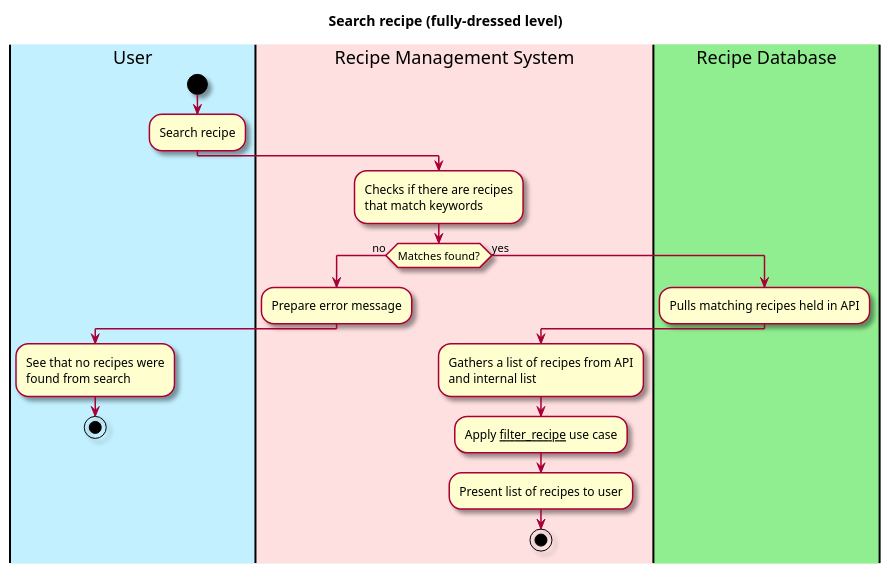
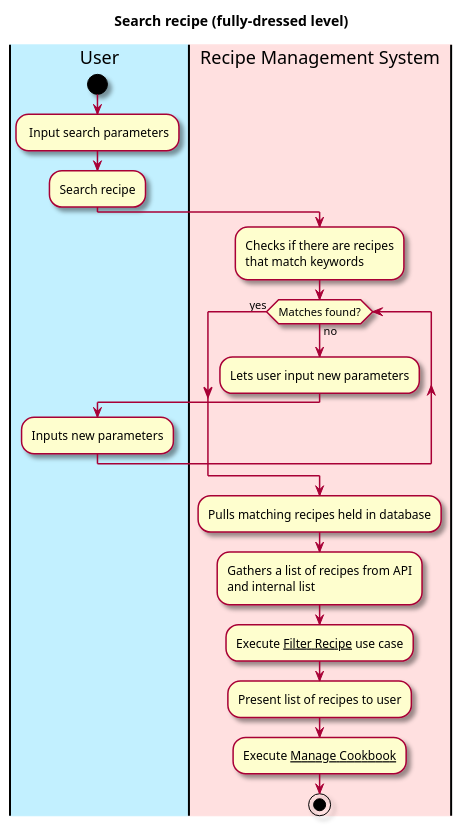
One commit to berthashipper/Pantry-Pal-Android-Application changed the diagram in intellij/doc/use-cases/search_recipes.md. Above: the diagram before and after it, drawn with PlantUML. The commit also changed other lines of this file and 8 other files, not shown here.

Commit message:
Changes to vision, use case files added, manage_pantry use case diagram changes

````diff
--- a/intellij/doc/use-cases/search_recipes.md
+++ b/intellij/doc/use-cases/search_recipes.md
@@ -29,41 +28,41 @@
 ```plantuml
 @startuml
 
 skin rose
 
 title Search recipe (fully-dressed level)
 
 'define the lanes
 |#application|User|
 |#implementation|Recipe Management System|
-|#lightgreen|Recipe Database|
 
 |User|
 start
+: Input search parameters;
+
 :Search recipe;
 
 |Recipe Management System|
 :Checks if there are recipes
 that match keywords;
 
-if (Matches found?) is (no) then
-:Prepare error message;
+while (Matches found?) is (no)
+:Lets user input new parameters;
 |User|
-:See that no recipes were
-found from search;
-stop
-else (yes)
-
-|Recipe Database|
-:Pulls matching recipes held in API;
+:Inputs new parameters;
+endwhile(yes)
 
 |Recipe Management System|
+
+:Pulls matching recipes held in database;
+
 :Gathers a list of recipes from API
 and internal list;
-:Apply __filter_recipe__ use case;
+:Execute __Filter Recipe__ use case;
 
 
 :Present list of recipes to user;
+:Execute __Manage Cookbook__;
 stop
 @enduml
 ```
````
